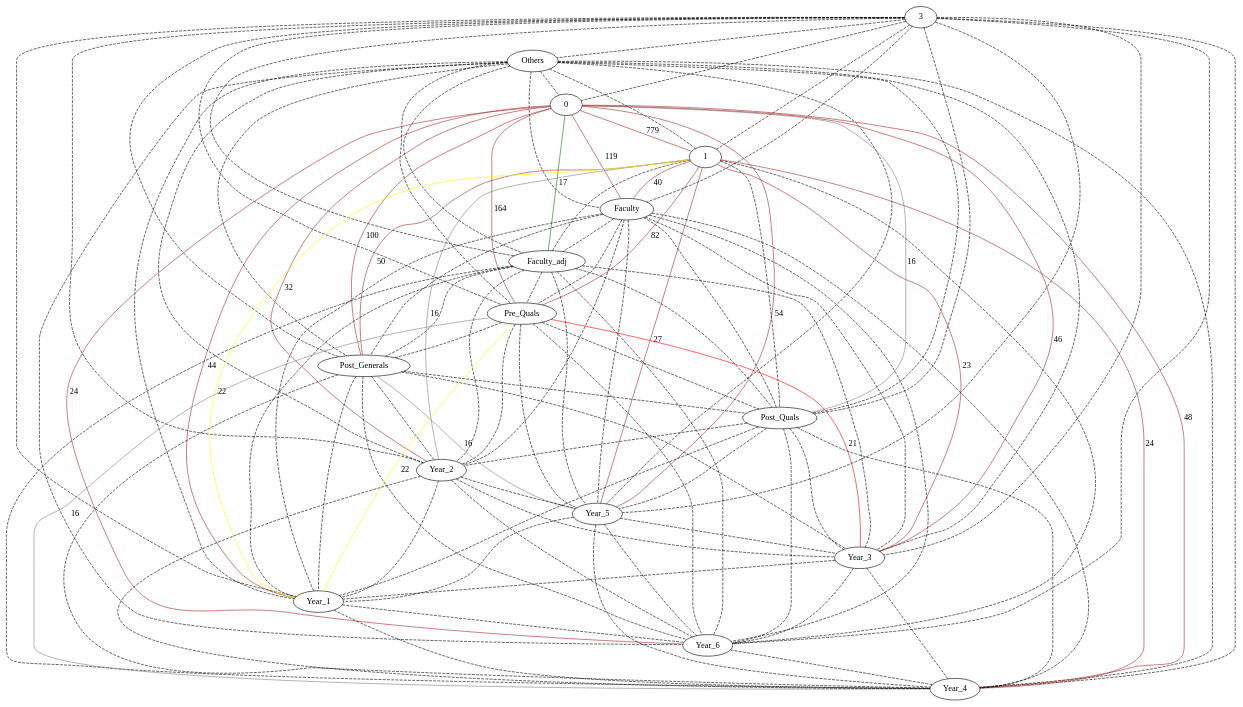
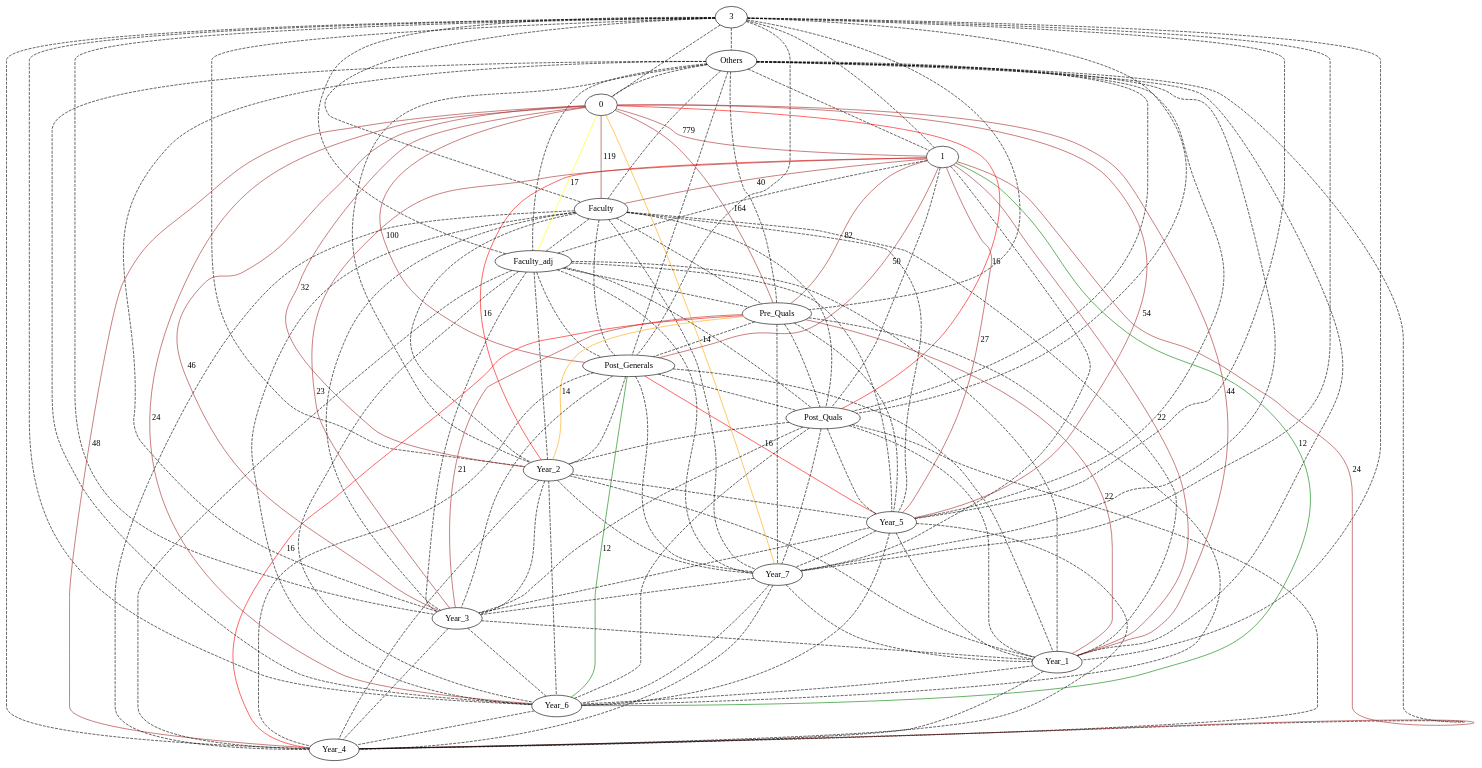
The diagram in src/extension/linearGraph.dot (lrodrin/TFG), drawn with Graphviz before and after one commit. The commit also changed 6 other files, not shown here.

```diff
--- a/src/extension/linearGraph.dot
+++ b/src/extension/linearGraph.dot
@@ -1,122 +1,138 @@
 strict graph "()" {
 3;
 Others;
 0;
 1;
 Faculty;
 Faculty_adj;
 Pre_Quals;
 Post_Generals;
 Post_Quals;
 Year_2;
 Year_5;
+Year_7;
 Year_3;
 Year_1;
 Year_6;
 Year_4;
 3 -- Others  [color=black, label="", style=dashed];
 3 -- 0  [color=black, label="", style=dashed];
 3 -- 1  [color=black, label="", style=dashed];
 3 -- Faculty  [color=black, label="", style=dashed];
 3 -- Faculty_adj  [color=black, label="", style=dashed];
 3 -- Pre_Quals  [color=black, label="", style=dashed];
 3 -- Post_Generals  [color=black, label="", style=dashed];
 3 -- Post_Quals  [color=black, label="", style=dashed];
 3 -- Year_2  [color=black, label="", style=dashed];
 3 -- Year_5  [color=black, label="", style=dashed];
+3 -- Year_7  [color=black, label="", style=dashed];
 3 -- Year_3  [color=black, label="", style=dashed];
 3 -- Year_1  [color=black, label="", style=dashed];
 3 -- Year_6  [color=black, label="", style=dashed];
 3 -- Year_4  [color=black, label="", style=dashed];
 Others -- 0  [color=black, label="", style=dashed];
 Others -- 1  [color=black, label="", style=dashed];
 Others -- Faculty  [color=black, label="", style=dashed];
 Others -- Faculty_adj  [color=black, label="", style=dashed];
 Others -- Pre_Quals  [color=black, label="", style=dashed];
 Others -- Post_Generals  [color=black, label="", style=dashed];
 Others -- Post_Quals  [color=black, label="", style=dashed];
 Others -- Year_2  [color=black, label="", style=dashed];
 Others -- Year_5  [color=black, label="", style=dashed];
+Others -- Year_7  [color=black, label="", style=dashed];
 Others -- Year_3  [color=black, label="", style=dashed];
 Others -- Year_1  [color=black, label="", style=dashed];
 Others -- Year_6  [color=black, label="", style=dashed];
 Others -- Year_4  [color=black, label="", style=dashed];
 0 -- 1  [color=brown, label=779, style=solid];
 0 -- Faculty  [color=brown, label=119, style=solid];
-0 -- Faculty_adj  [color=green, label=17, style=solid];
+0 -- Faculty_adj  [color=yellow, label=17, style=solid];
 0 -- Pre_Quals  [color=brown, label=164, style=solid];
 0 -- Post_Generals  [color=brown, label=100, style=solid];
-0 -- Post_Quals  [color=grey, label=16, style=solid];
+0 -- Post_Quals  [color=red, label=16, style=solid];
 0 -- Year_2  [color=brown, label=32, style=solid];
 0 -- Year_5  [color=brown, label=54, style=solid];
+0 -- Year_7  [color=orange, label=14, style=solid];
 0 -- Year_3  [color=brown, label=46, style=solid];
 0 -- Year_1  [color=brown, label=44, style=solid];
 0 -- Year_6  [color=brown, label=24, style=solid];
 0 -- Year_4  [color=brown, label=48, style=solid];
 1 -- Faculty  [color=brown, label=40, style=solid];
 1 -- Faculty_adj  [color=black, label="", style=dashed];
 1 -- Pre_Quals  [color=brown, label=82, style=solid];
 1 -- Post_Generals  [color=brown, label=50, style=solid];
 1 -- Post_Quals  [color=black, label="", style=dashed];
-1 -- Year_2  [color=grey, label=16, style=solid];
+1 -- Year_2  [color=red, label=16, style=solid];
 1 -- Year_5  [color=brown, label=27, style=solid];
+1 -- Year_7  [color=black, label="", style=dashed];
 1 -- Year_3  [color=brown, label=23, style=solid];
-1 -- Year_1  [color=yellow, label=22, style=solid];
-1 -- Year_6  [color=black, label="", style=dashed];
+1 -- Year_1  [color=brown, label=22, style=solid];
+1 -- Year_6  [color=green, label=12, style=solid];
 1 -- Year_4  [color=brown, label=24, style=solid];
 Faculty -- Faculty_adj  [color=black, label="", style=dashed];
 Faculty -- Pre_Quals  [color=black, label="", style=dashed];
 Faculty -- Post_Generals  [color=black, label="", style=dashed];
 Faculty -- Post_Quals  [color=black, label="", style=dashed];
 Faculty -- Year_2  [color=black, label="", style=dashed];
 Faculty -- Year_5  [color=black, label="", style=dashed];
+Faculty -- Year_7  [color=black, label="", style=dashed];
 Faculty -- Year_3  [color=black, label="", style=dashed];
 Faculty -- Year_1  [color=black, label="", style=dashed];
 Faculty -- Year_6  [color=black, label="", style=dashed];
 Faculty -- Year_4  [color=black, label="", style=dashed];
 Faculty_adj -- Pre_Quals  [color=black, label="", style=dashed];
 Faculty_adj -- Post_Generals  [color=black, label="", style=dashed];
 Faculty_adj -- Post_Quals  [color=black, label="", style=dashed];
 Faculty_adj -- Year_2  [color=black, label="", style=dashed];
 Faculty_adj -- Year_5  [color=black, label="", style=dashed];
+Faculty_adj -- Year_7  [color=black, label="", style=dashed];
 Faculty_adj -- Year_3  [color=black, label="", style=dashed];
 Faculty_adj -- Year_1  [color=black, label="", style=dashed];
 Faculty_adj -- Year_6  [color=black, label="", style=dashed];
 Faculty_adj -- Year_4  [color=black, label="", style=dashed];
 Pre_Quals -- Post_Generals  [color=black, label="", style=dashed];
 Pre_Quals -- Post_Quals  [color=black, label="", style=dashed];
-Pre_Quals -- Year_2  [color=black, label="", style=dashed];
+Pre_Quals -- Year_2  [color=orange, label=14, style=solid];
 Pre_Quals -- Year_5  [color=black, label="", style=dashed];
-Pre_Quals -- Year_3  [color=red, label=21, style=solid];
-Pre_Quals -- Year_1  [color=yellow, label=22, style=solid];
+Pre_Quals -- Year_7  [color=black, label="", style=dashed];
+Pre_Quals -- Year_3  [color=brown, label=21, style=solid];
+Pre_Quals -- Year_1  [color=brown, label=22, style=solid];
 Pre_Quals -- Year_6  [color=black, label="", style=dashed];
-Pre_Quals -- Year_4  [color=grey, label=16, style=solid];
+Pre_Quals -- Year_4  [color=red, label=16, style=solid];
 Post_Generals -- Post_Quals  [color=black, label="", style=dashed];
 Post_Generals -- Year_2  [color=black, label="", style=dashed];
-Post_Generals -- Year_5  [color=grey, label=16, style=solid];
+Post_Generals -- Year_5  [color=red, label=16, style=solid];
+Post_Generals -- Year_7  [color=black, label="", style=dashed];
 Post_Generals -- Year_3  [color=black, label="", style=dashed];
 Post_Generals -- Year_1  [color=black, label="", style=dashed];
-Post_Generals -- Year_6  [color=black, label="", style=dashed];
+Post_Generals -- Year_6  [color=green, label=12, style=solid];
 Post_Generals -- Year_4  [color=black, label="", style=dashed];
 Post_Quals -- Year_2  [color=black, label="", style=dashed];
 Post_Quals -- Year_5  [color=black, label="", style=dashed];
+Post_Quals -- Year_7  [color=black, label="", style=dashed];
 Post_Quals -- Year_3  [color=black, label="", style=dashed];
 Post_Quals -- Year_1  [color=black, label="", style=dashed];
 Post_Quals -- Year_6  [color=black, label="", style=dashed];
 Post_Quals -- Year_4  [color=black, label="", style=dashed];
 Year_2 -- Year_5  [color=black, label="", style=dashed];
+Year_2 -- Year_7  [color=black, label="", style=dashed];
 Year_2 -- Year_3  [color=black, label="", style=dashed];
 Year_2 -- Year_1  [color=black, label="", style=dashed];
 Year_2 -- Year_6  [color=black, label="", style=dashed];
 Year_2 -- Year_4  [color=black, label="", style=dashed];
+Year_5 -- Year_7  [color=black, label="", style=dashed];
 Year_5 -- Year_3  [color=black, label="", style=dashed];
 Year_5 -- Year_1  [color=black, label="", style=dashed];
 Year_5 -- Year_6  [color=black, label="", style=dashed];
 Year_5 -- Year_4  [color=black, label="", style=dashed];
+Year_7 -- Year_3  [color=black, label="", style=dashed];
+Year_7 -- Year_1  [color=black, label="", style=dashed];
+Year_7 -- Year_6  [color=black, label="", style=dashed];
+Year_7 -- Year_4  [color=black, label="", style=dashed];
 Year_3 -- Year_1  [color=black, label="", style=dashed];
 Year_3 -- Year_6  [color=black, label="", style=dashed];
 Year_3 -- Year_4  [color=black, label="", style=dashed];
 Year_1 -- Year_6  [color=black, label="", style=dashed];
 Year_1 -- Year_4  [color=black, label="", style=dashed];
 Year_6 -- Year_4  [color=black, label="", style=dashed];
 }
```
